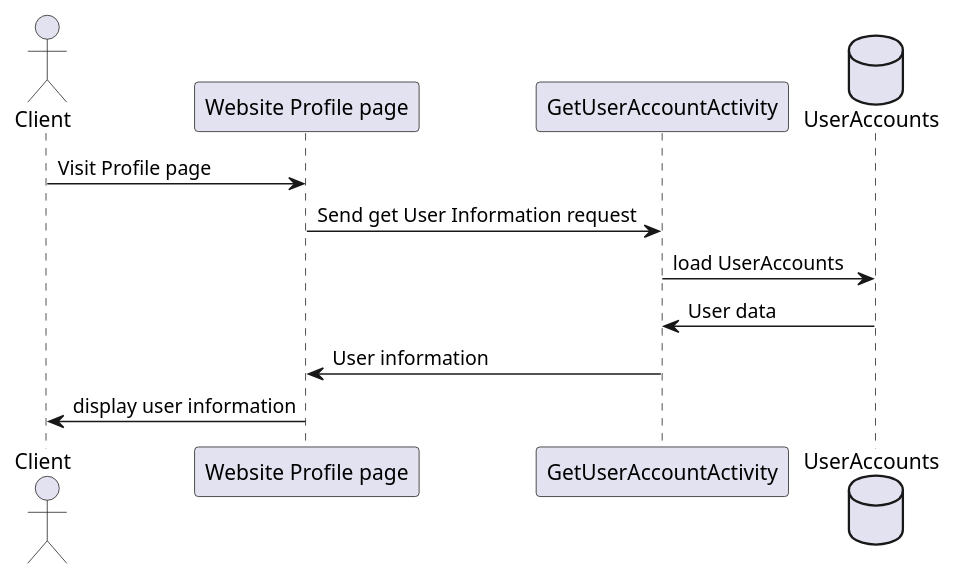
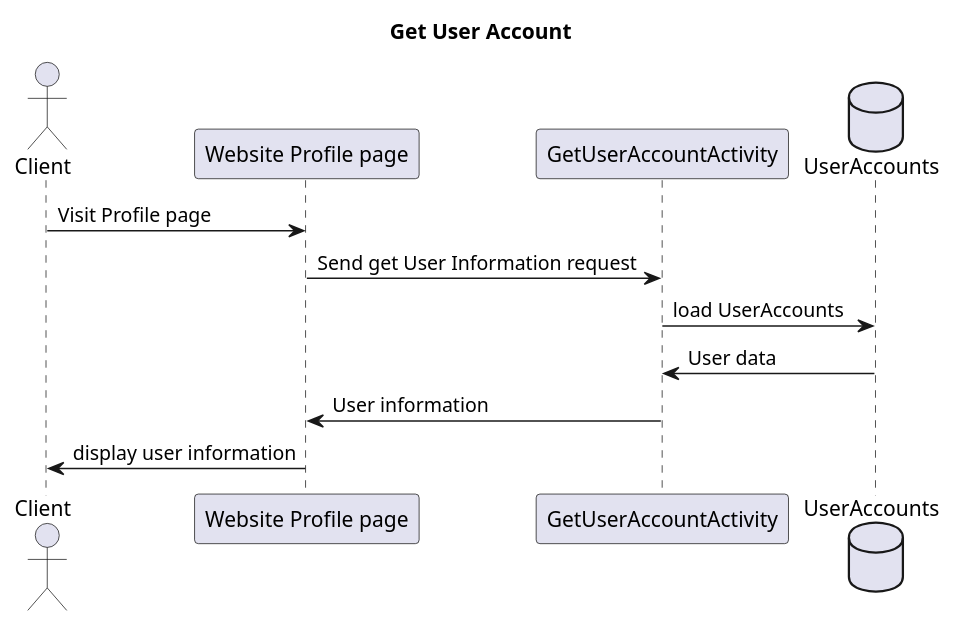
The diagram in project_documents/SequenceDiagrams/GetUserAccount.puml (BloomTechBackend/bd-team-project-support-zebra), drawn with PlantUML before and after one commit. The commit also changed 14 other files, not shown here.

Commit message:
Created UserAccount and SPS Endpoint

```diff
--- a/project_documents/SequenceDiagrams/GetUserAccount.puml
+++ b/project_documents/SequenceDiagrams/GetUserAccount.puml
@@ -1,16 +1,16 @@
 @startuml
 'https://plantuml.com/sequence-diagram
 
-
+title Get User Account
 actor Client as c
 participant "Website Profile page" as wrp
 participant GetUserAccountActivity as cua
 database UserAccounts
 
 c -> wrp: Visit Profile page
 wrp -> cua: Send get User Information request
 cua -> UserAccounts: load UserAccounts
 cua <- UserAccounts: User data
 cua -> wrp: User information
 wrp -> c: display user information
 @enduml
```
